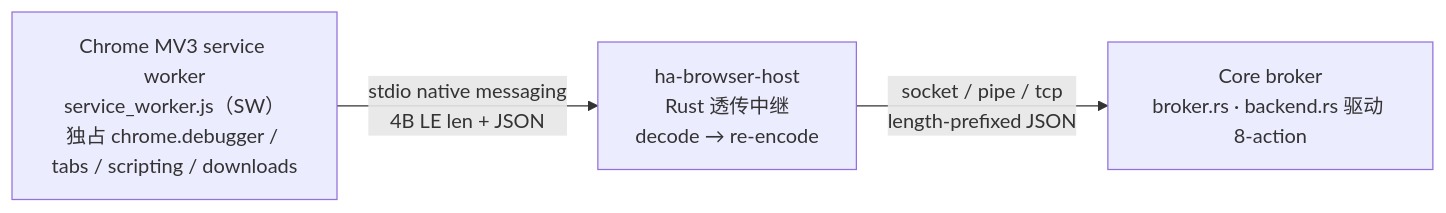
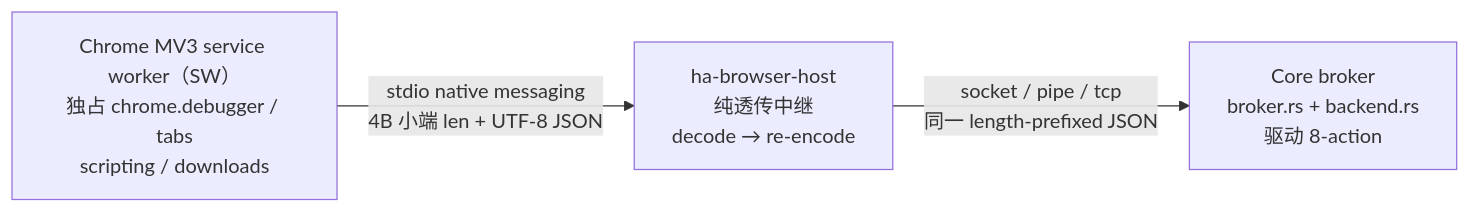
Before and after one commit to shiwenwen/hope-agent: the fourth of 7 diagrams in docs/architecture/browser.md, drawn with Mermaid. The commit also changed other lines of this file and 12 other files, not shown here.

````diff
--- a/docs/architecture/browser.md
+++ b/docs/architecture/browser.md
@@ -104,8 +150,8 @@
 ```mermaid
 flowchart LR
-    SW["Chrome MV3 service worker<br/>service_worker.js（SW）<br/>独占 chrome.debugger / tabs / scripting / downloads"]
-    HOST["ha-browser-host<br/>Rust 透传中继<br/>decode → re-encode"]
-    BROKER["Core broker<br/>broker.rs · backend.rs 驱动 8-action"]
-    SW -->|"stdio native messaging<br/>4B LE len + JSON"| HOST
-    HOST -->|"socket / pipe / tcp<br/>length-prefixed JSON"| BROKER
+    SW["Chrome MV3 service worker（SW）<br/>独占 chrome.debugger / tabs<br/>scripting / downloads"]
+    HOST["ha-browser-host<br/>纯透传中继<br/>decode → re-encode"]
+    BROKER["Core broker<br/>broker.rs + backend.rs<br/>驱动 8-action"]
+    SW -->|"stdio native messaging<br/>4B 小端 len + UTF-8 JSON"| HOST
+    HOST -->|"socket / pipe / tcp<br/>同一 length-prefixed JSON"| BROKER
 ```
````
